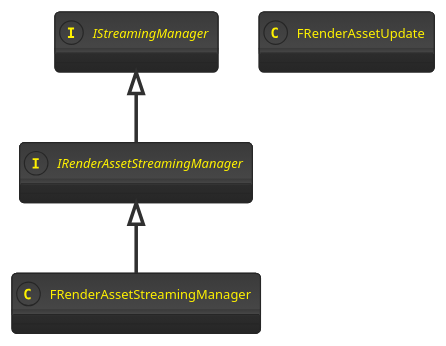
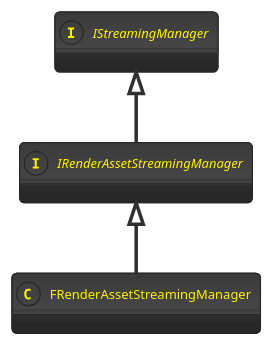
One commit to yuanlin2008/Notes changed the first of 4 diagrams in ContentStreaming.md. Above: the diagram before and after it, drawn with PlantUML. The commit also changed other lines of this file, not shown here.

````diff
--- a/ContentStreaming.md
+++ b/ContentStreaming.md
@@ -1,13 +2,11 @@
 ```puml
 !theme black-knight
 
 interface IStreamingManager
 interface IRenderAssetStreamingManager
 class FRenderAssetStreamingManager
-class FRenderAssetUpdate
-
 
 IStreamingManager<|--IRenderAssetStreamingManager
 IRenderAssetStreamingManager<|--FRenderAssetStreamingManager
 
 ```
````
